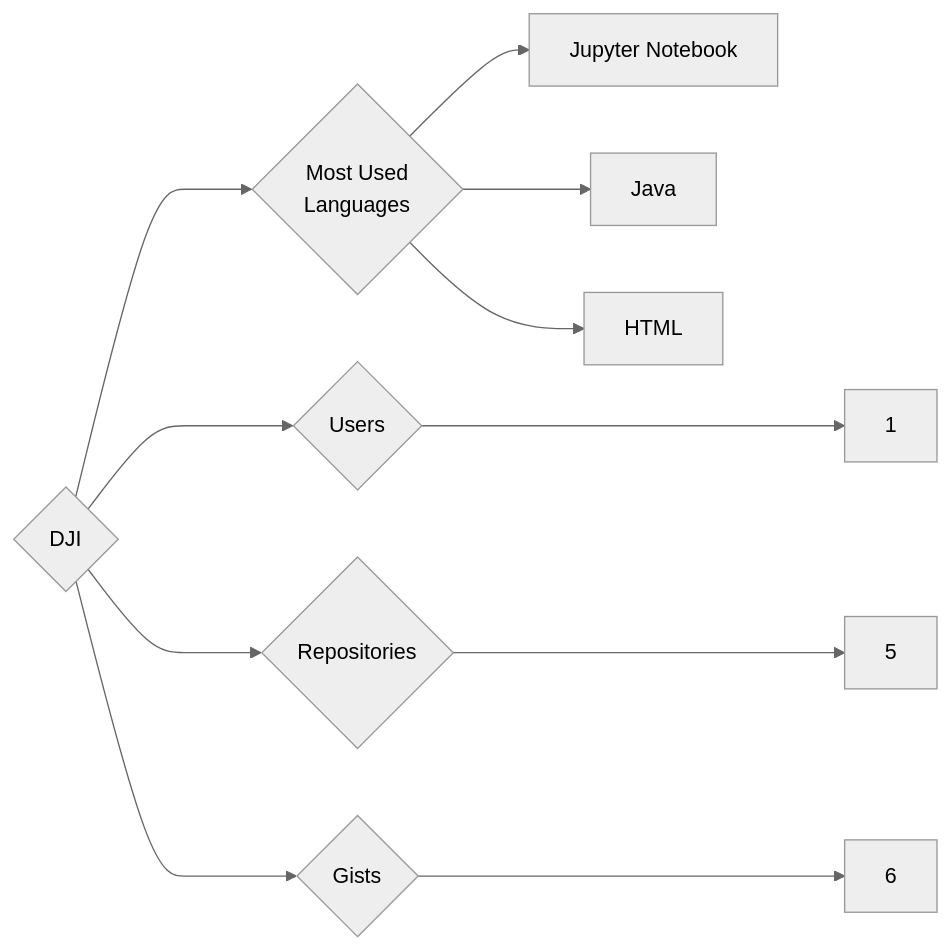
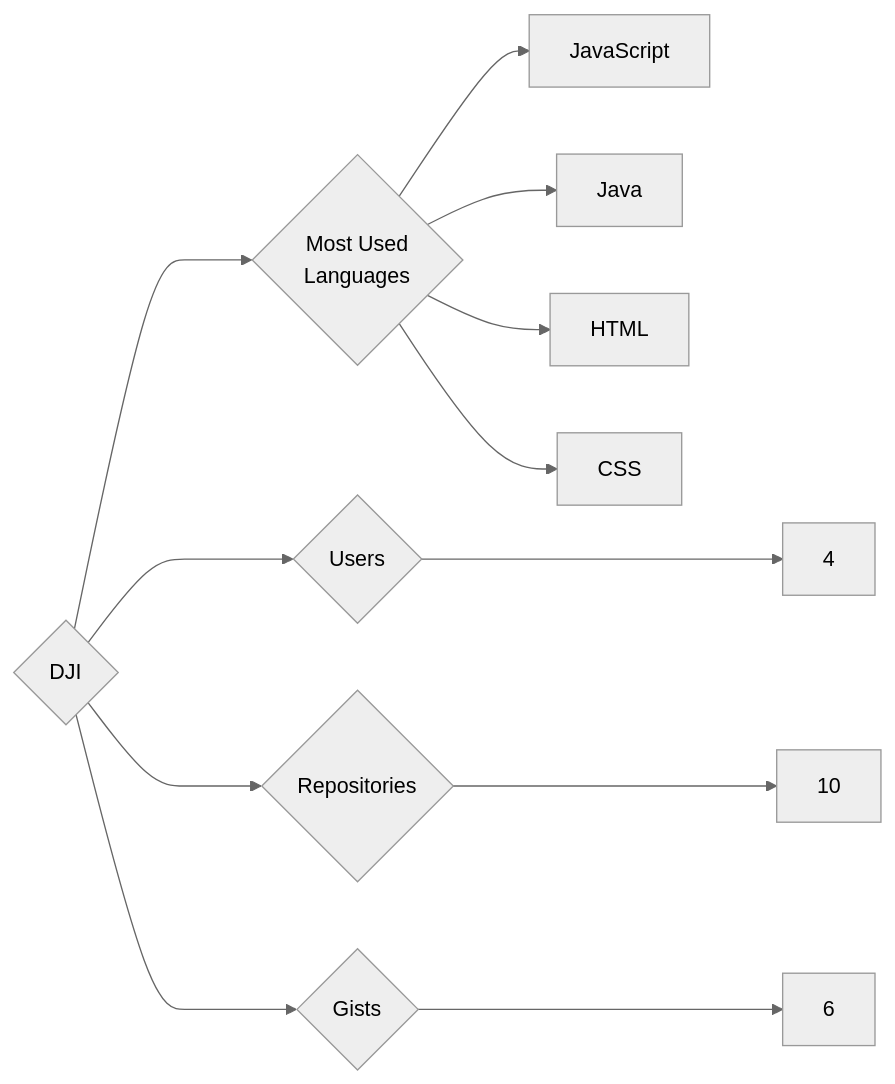
The diagram in targets/DJI/README.md (trickest/insiders), drawn with Mermaid (neutral theme) before and after one commit. The commit also changed 865 other files, not shown here.

````diff
--- a/targets/DJI/README.md
+++ b/targets/DJI/README.md
@@ -3,11 +3,12 @@
 ```mermaid
 graph LR
 COMPANY_NAME{DJI}
-COMPANY_NAME ---> U{Users} ---> UN[1]
-COMPANY_NAME ---> R{Repositories} ---> RN[5]
+COMPANY_NAME ---> U{Users} ---> UN[4]
+COMPANY_NAME ---> R{Repositories} ---> RN[10]
 COMPANY_NAME ---> G{Gists} ---> GN[6]
 COMPANY_NAME ---> ML{Most Used<br>Languages}
-ML --> Jupyter_Notebook[Jupyter Notebook]
+ML --> JavaScript[JavaScript]
 ML --> Java[Java]
 ML --> HTML[HTML]
+ML --> CSS[CSS]
 ```
````
